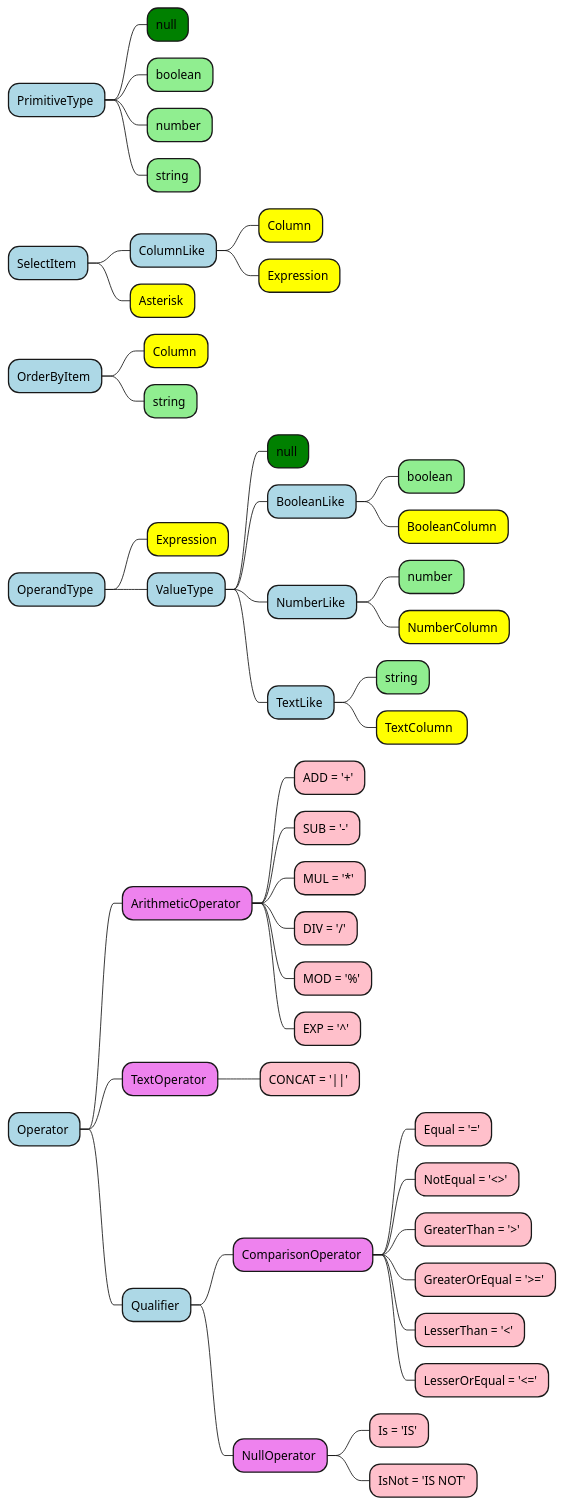
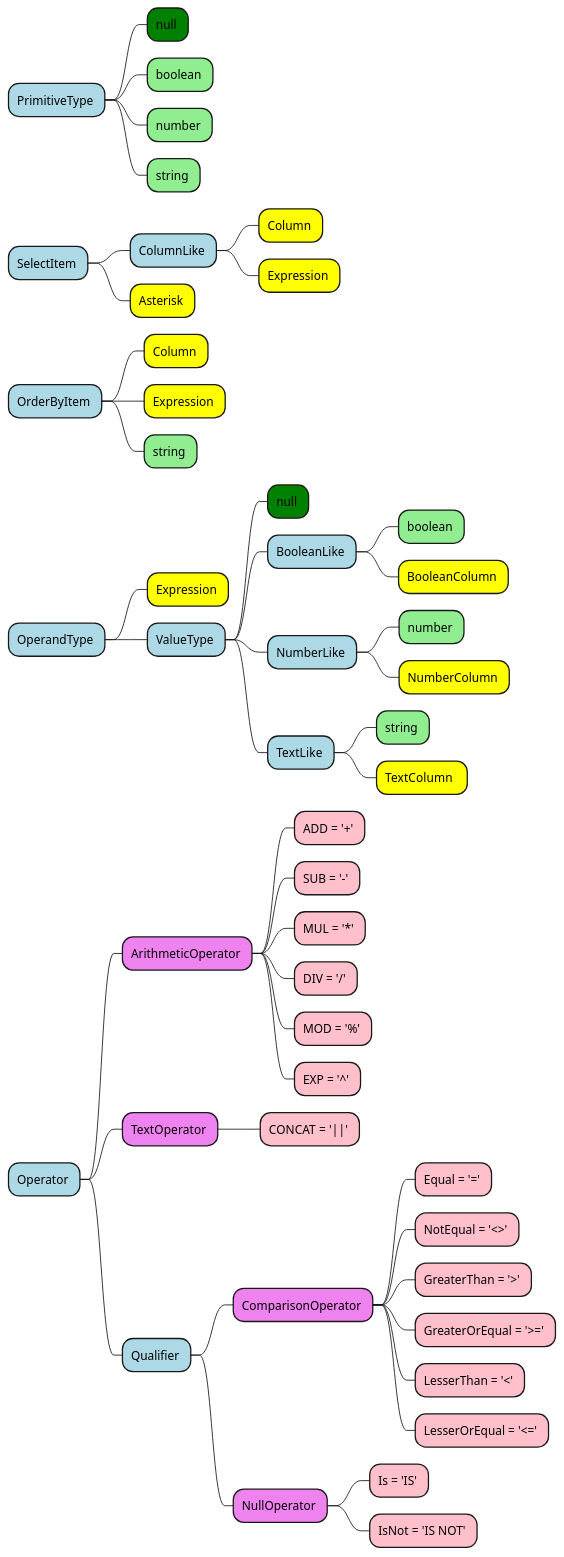
One commit to amerharb/sedk changed the diagram in doc/Types.puml. Above: the diagram before and after it, drawn with PlantUML. The commit also changed 4 other files, not shown here.

```diff
--- a/doc/Types.puml
+++ b/doc/Types.puml
@@ -1,78 +1,79 @@
 @startmindmap
 
 <style>
 mindmapDiagram {
   .primitive {
     BackgroundColor lightgreen
   }
   .type {
     BackgroundColor #lightblue
   }
   .class {
     BackgroundColor #yellow
   }
   .null {
     BackgroundColor #green
   }
   .enum {
     BackgroundColor #violet
   }
   .enumItem {
     BackgroundColor #pink
   }
 }
 </style>
 
 * PrimitiveType <<type>>
 ** null <<null>>
 ** boolean <<primitive>>
 ** number <<primitive>>
 ** string <<primitive>>
 
 * SelectItem <<type>>
 ** ColumnLike <<type>>
 *** Column <<class>>
 *** Expression <<class>>
 ** Asterisk <<class>>
 
 * OrderByItem <<type>>
 ** Column <<class>>
+** Expression <<class>>
 ** string <<primitive>>
 
 * OperandType <<type>>
 ** Expression <<class>>
 ** ValueType <<type>>
 *** null <<null>>
 *** BooleanLike <<type>>
 **** boolean <<primitive>>
 **** BooleanColumn <<class>>
 *** NumberLike <<type>>
 **** number <<primitive>>
 **** NumberColumn <<class>>
 *** TextLike <<type>>
 **** string <<primitive>>
 **** TextColumn  <<class>>
 
 * Operator <<type>>
 ** ArithmeticOperator <<enum>>
 *** ADD = '+' <<enumItem>>
 *** SUB = '-' <<enumItem>>
 *** MUL = '*' <<enumItem>>
 *** DIV = '/' <<enumItem>>
 *** MOD = '%' <<enumItem>>
 *** EXP = '^' <<enumItem>>
 ** TextOperator <<enum>>
 *** CONCAT = '||' <<enumItem>>
 ** Qualifier <<type>>
 *** ComparisonOperator <<enum>>
 **** Equal = '=' <<enumItem>>
 **** NotEqual = '<>' <<enumItem>>
 **** GreaterThan = '>' <<enumItem>>
 **** GreaterOrEqual = '>=' <<enumItem>>
 **** LesserThan = '<' <<enumItem>>
 **** LesserOrEqual = '<=' <<enumItem>>
 *** NullOperator <<enum>>
 **** Is = 'IS' <<enumItem>>
 **** IsNot = 'IS NOT' <<enumItem>>
 
 @endmindmap
```
